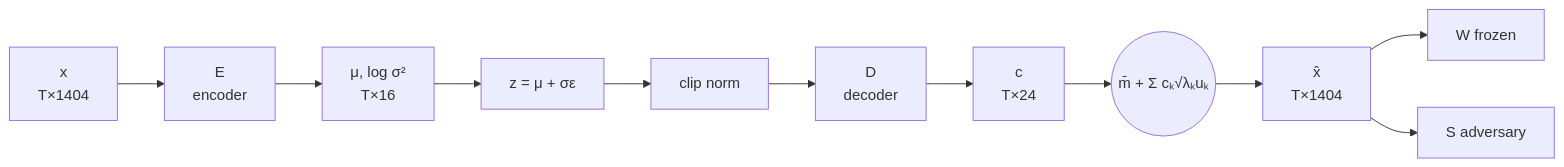
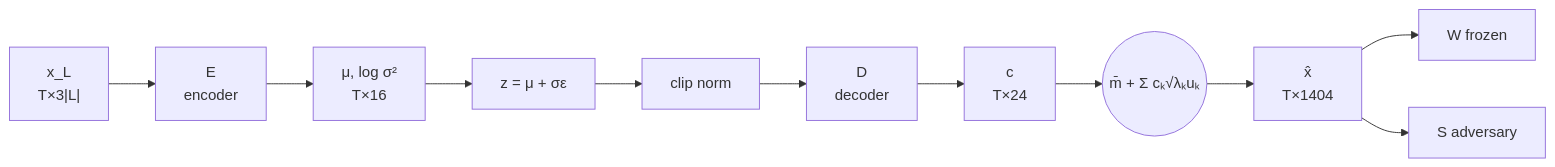
The diagram in docs/MODELS.md (pstaykov/Lipread), drawn with Mermaid before and after one commit. The commit also changed other lines of this file and 20 other files, not shown here.

````diff
--- a/docs/MODELS.md
+++ b/docs/MODELS.md
@@ -76,7 +76,7 @@
 ```mermaid
 flowchart LR
-    X["x<br/>T×1404"] --> E["E<br/>encoder"] --> MS["μ, log σ²<br/>T×16"] --> Z["z = μ + σε"] --> N["clip norm"] --> D["D<br/>decoder"] --> C["c<br/>T×24"]
+    X["x_L<br/>T×3|L|"] --> E["E<br/>encoder"] --> MS["μ, log σ²<br/>T×16"] --> Z["z = μ + σε"] --> N["clip norm"] --> D["D<br/>decoder"] --> C["c<br/>T×24"]
     C --> P(("m̄ + Σ cₖ√λₖuₖ")) --> XH["x̂<br/>T×1404"]
     XH --> W["W frozen"]
     XH --> S["S adversary"]
 ```
````
